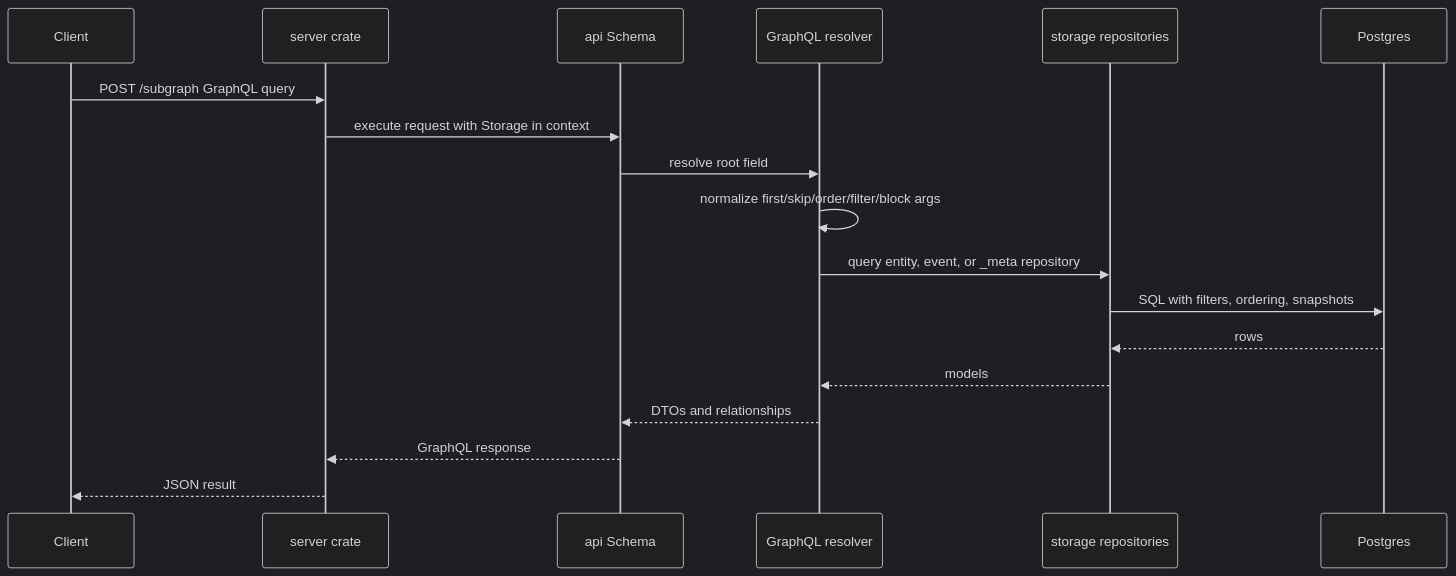
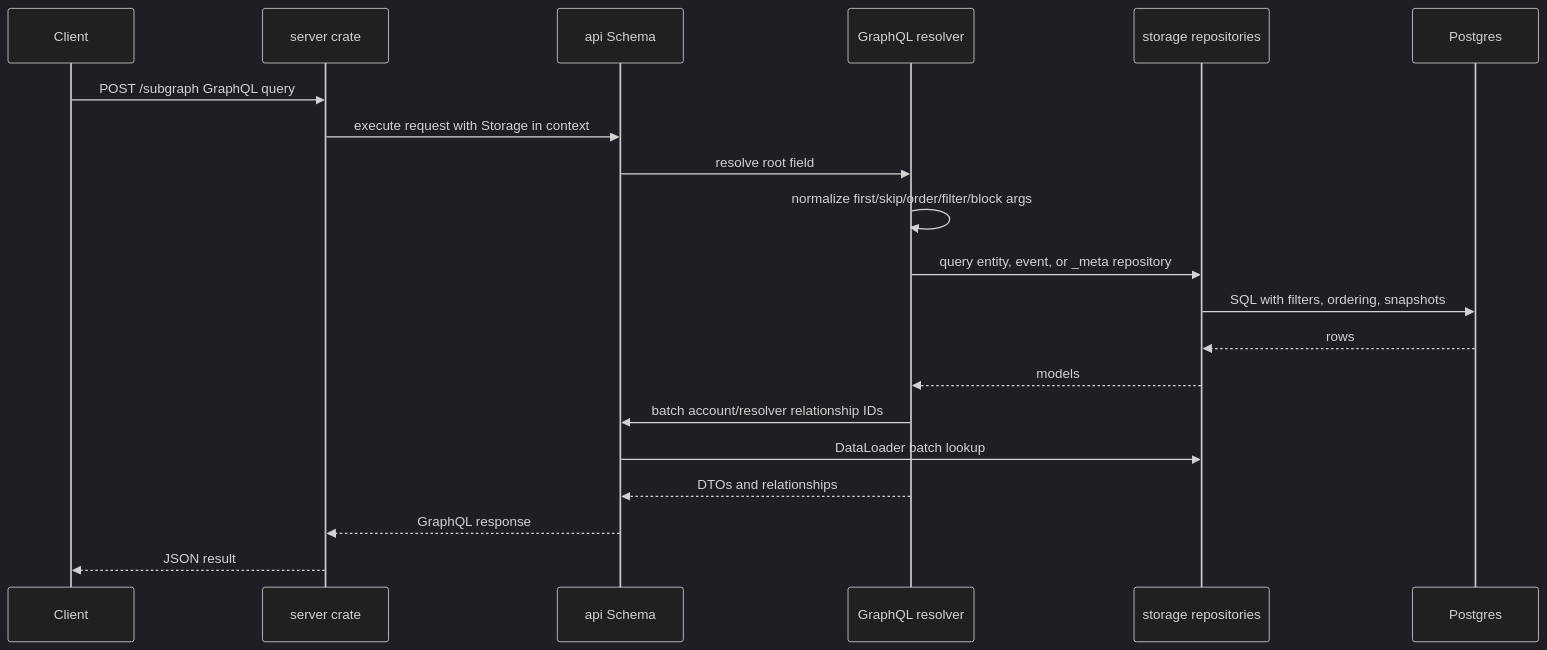
Before and after one commit to thenamespace/ensindexer-rs: the diagram in crates/api/README.md, drawn with Mermaid (dark theme). The commit also changed other lines of this file and 10 other files, not shown here.

````diff
--- a/crates/api/README.md
+++ b/crates/api/README.md
@@ -7,21 +7,23 @@
 ```mermaid
 sequenceDiagram
     participant Client
     participant Axum as server crate
     participant Schema as api Schema
     participant Resolver as GraphQL resolver
     participant Storage as storage repositories
     participant Pg as Postgres
 
     Client->>Axum: POST /subgraph GraphQL query
     Axum->>Schema: execute request with Storage in context
     Schema->>Resolver: resolve root field
     Resolver->>Resolver: normalize first/skip/order/filter/block args
     Resolver->>Storage: query entity, event, or _meta repository
     Storage->>Pg: SQL with filters, ordering, snapshots
     Pg-->>Storage: rows
     Storage-->>Resolver: models
+    Resolver->>Schema: batch account/resolver relationship IDs
+    Schema->>Storage: DataLoader batch lookup
     Resolver-->>Schema: DTOs and relationships
     Schema-->>Axum: GraphQL response
     Axum-->>Client: JSON result
 ```
````
